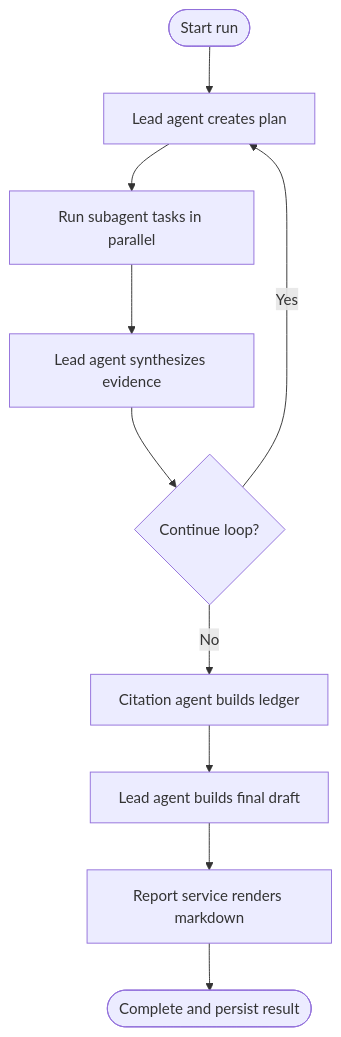
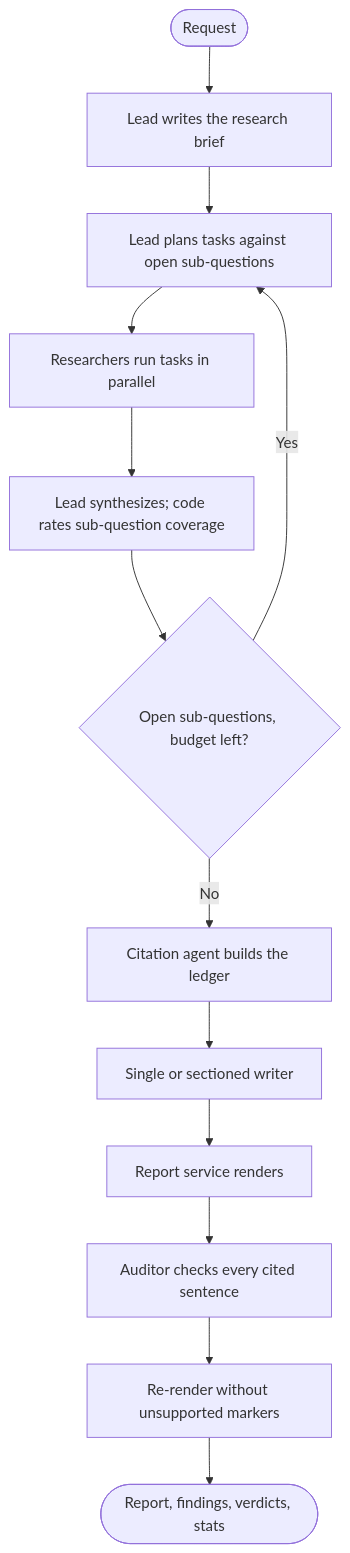
The second of 3 diagrams in ARCH.md (jolovicdev/shandu), drawn with Mermaid before and after one commit. The commit also changed other lines of this file and 2 other files, not shown here.

First line of the commit message:
Describe the 4.0 research flow in the docs

````diff
--- a/ARCH.md
+++ b/ARCH.md
@@ -28,12 +35,15 @@
 ```mermaid
 flowchart TD
-    start([Start run]) --> plan[Lead agent creates plan]
-    plan --> fanout[Run subagent tasks in parallel]
-    fanout --> synth[Lead agent synthesizes evidence]
-    synth --> decision{Continue loop?}
+    start([Request]) --> brief[Lead writes the research brief]
+    brief --> plan[Lead plans tasks against open sub-questions]
+    plan --> tasks[Researchers run tasks in parallel]
+    tasks --> synth[Lead synthesizes; code rates sub-question coverage]
+    synth --> decision{Open sub-questions, budget left?}
     decision -->|Yes| plan
-    decision -->|No| cite[Citation agent builds ledger]
-    cite --> draft[Lead agent builds final draft]
-    draft --> render[Report service renders markdown]
-    render --> done([Complete and persist result])
+    decision -->|No| ledger[Citation agent builds the ledger]
+    ledger --> write[Single or sectioned writer]
+    write --> render[Report service renders]
+    render --> check[Auditor checks every cited sentence]
+    check --> rerender[Re-render without unsupported markers]
+    rerender --> done([Report, findings, verdicts, stats])
 ```
````
